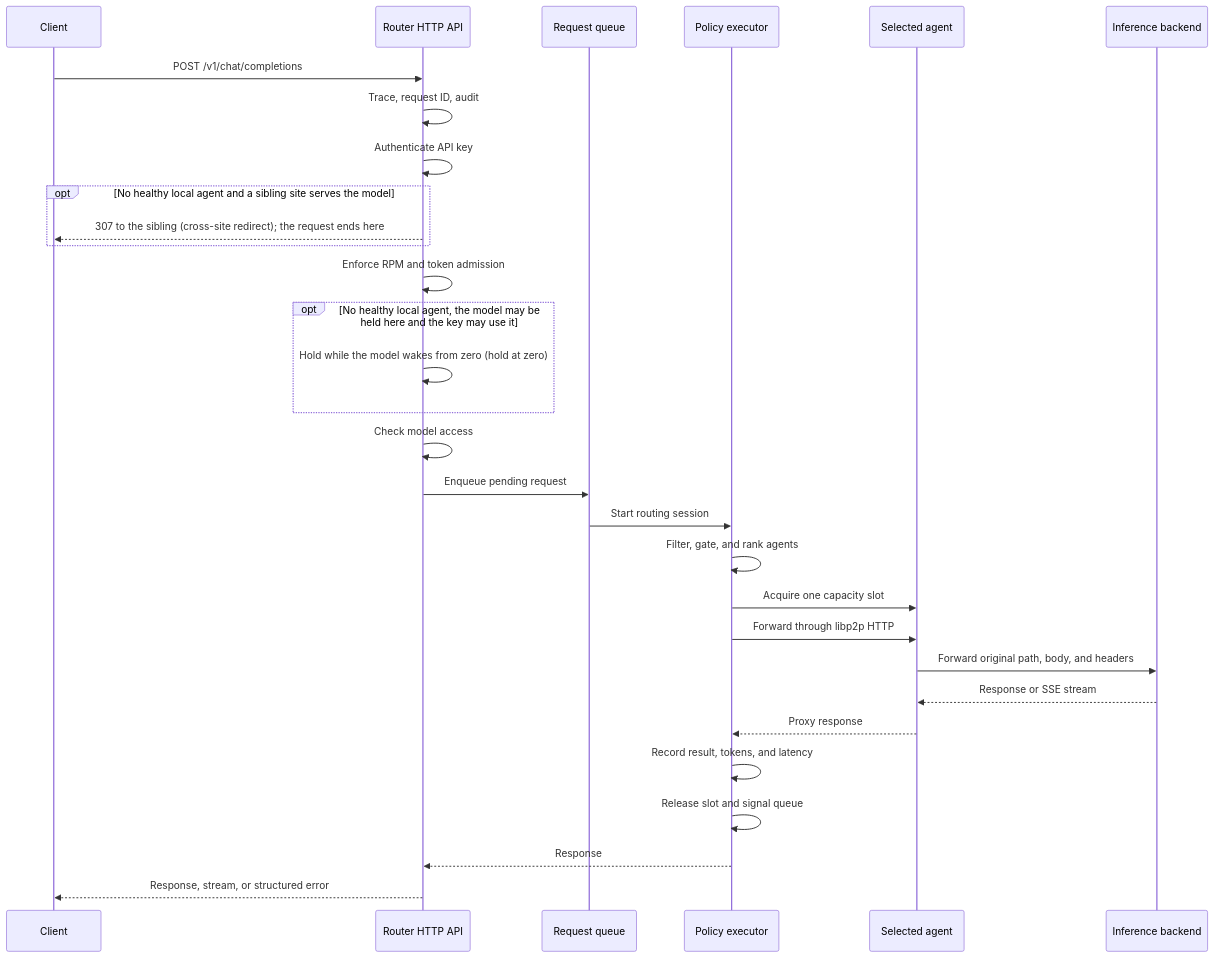
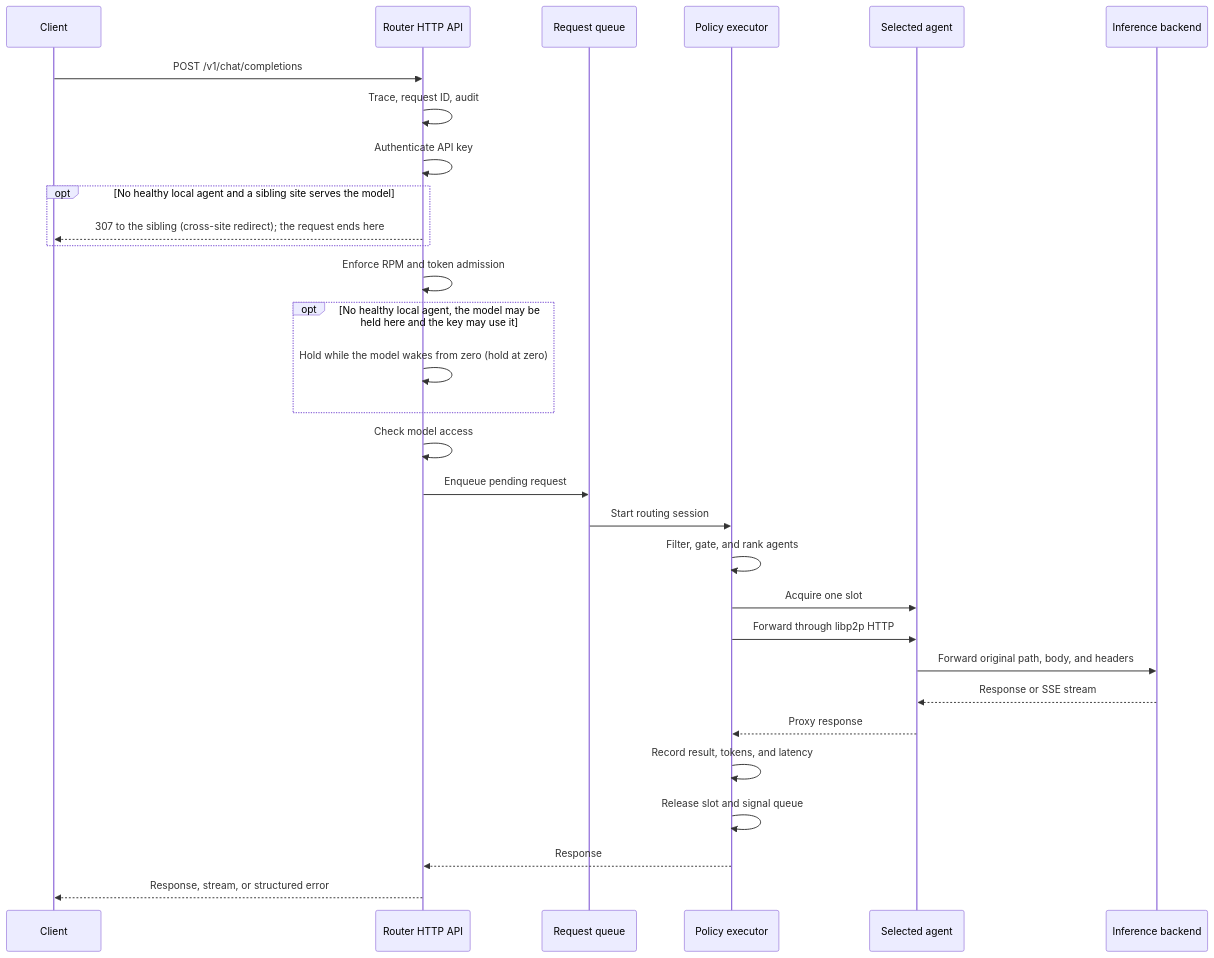
The fourth of 5 diagrams in docs/reference/detailed-architecture.mdx (HivenetOSS/hivenet_router), drawn with Mermaid before and after one commit. The commit also changed other lines of this file and 71 other files, not shown here.

````diff
--- a/docs/reference/detailed-architecture.mdx
+++ b/docs/reference/detailed-architecture.mdx
@@ -530,33 +531,33 @@
 ```mermaid
 sequenceDiagram
     participant C as Client
     participant H as Router HTTP API
     participant Q as Request queue
     participant P as Policy executor
     participant A as Selected agent
     participant E as Inference backend
 
     C->>H: POST /v1/chat/completions
     H->>H: Trace, request ID, audit
     H->>H: Authenticate API key
     opt No healthy local agent and a sibling site serves the model
         H-->>C: 307 to the sibling (cross-site redirect)#59; the request ends here
     end
     H->>H: Enforce RPM and token admission
     opt No healthy local agent, the model may be held here and the key may use it
         H->>H: Hold while the model wakes from zero (hold at zero)
     end
     H->>H: Check model access
     H->>Q: Enqueue pending request
     Q->>P: Start routing session
     P->>P: Filter, gate, and rank agents
-    P->>A: Acquire one capacity slot
+    P->>A: Acquire one slot
     P->>A: Forward through libp2p HTTP
     A->>E: Forward original path, body, and headers
     E-->>A: Response or SSE stream
     A-->>P: Proxy response
     P->>P: Record result, tokens, and latency
     P->>P: Release slot and signal queue
     P-->>H: Response
     H-->>C: Response, stream, or structured error
 ```
````
